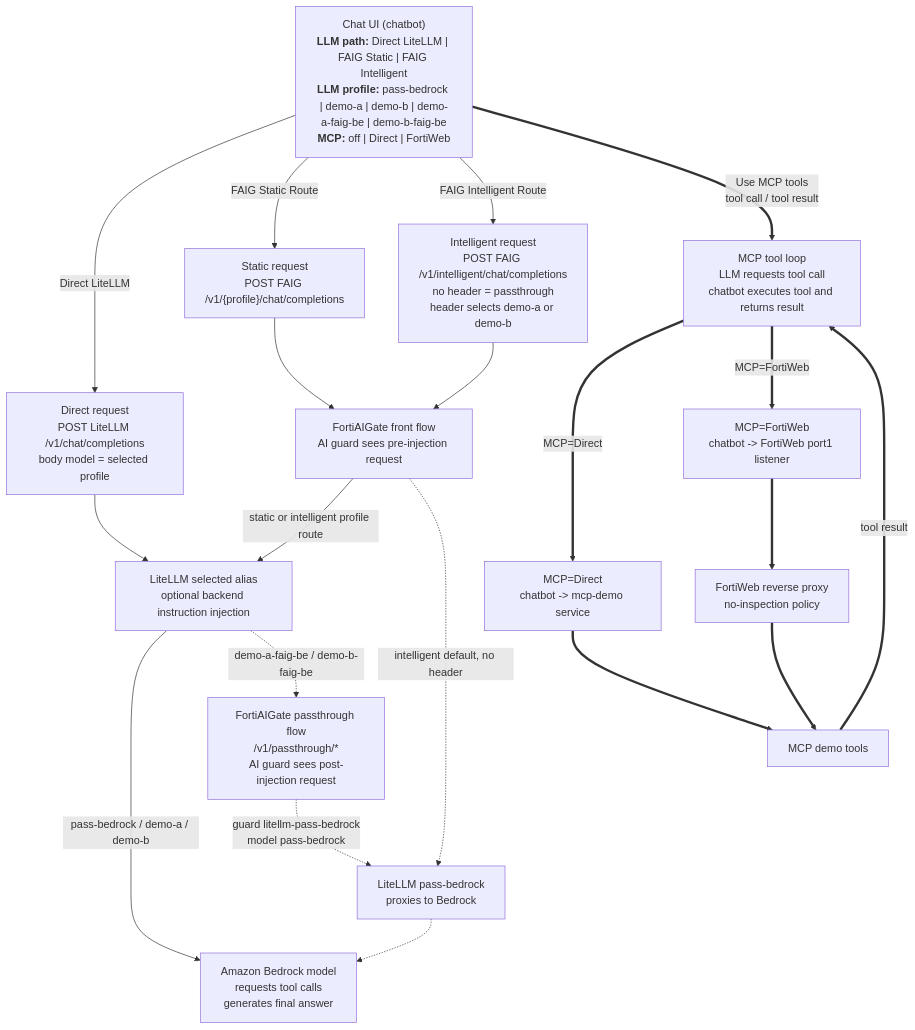
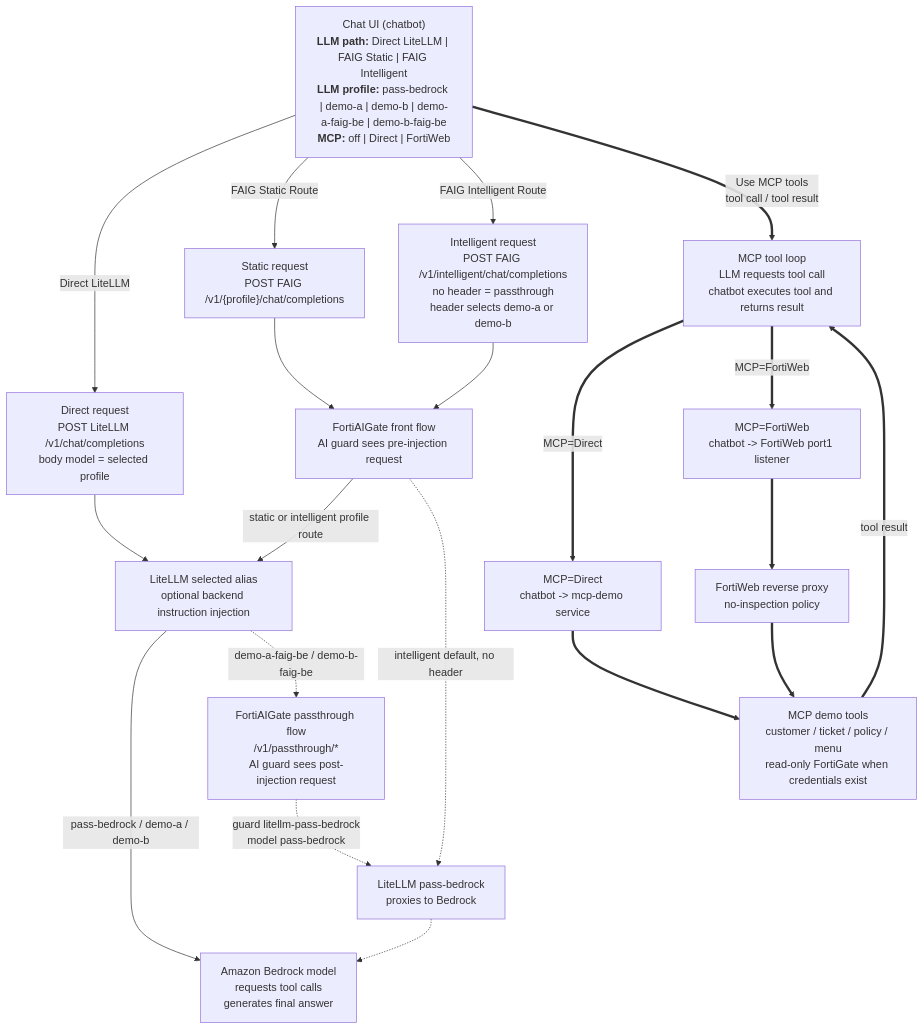
One commit to mabutterfield/fortiaigate_demo changed the diagram in docs/FortiAIGate-initial-config.MD. Above: the diagram before and after it, drawn with Mermaid. The commit also changed other lines of this file and 60 other files, not shown here.

````diff
--- a/docs/FortiAIGate-initial-config.MD
+++ b/docs/FortiAIGate-initial-config.MD
@@ -22,41 +22,41 @@
 ```mermaid
 flowchart TD
     UI["Chat UI (chatbot)<br/><b>LLM path:</b> Direct LiteLLM | FAIG Static | FAIG Intelligent<br/><b>LLM profile:</b> pass-bedrock | demo-a | demo-b | demo-a-faig-be | demo-b-faig-be<br/><b>MCP:</b> off | Direct | FortiWeb"]
 
     RD["Direct request<br/>POST LiteLLM /v1/chat/completions<br/>body model = selected profile"]
     RS["Static request<br/>POST FAIG /v1/{profile}/chat/completions"]
     RI["Intelligent request<br/>POST FAIG /v1/intelligent/chat/completions<br/>no header = passthrough<br/>header selects demo-a or demo-b"]
     MT["MCP tool loop<br/>LLM requests tool call<br/>chatbot executes tool and returns result"]
     MD["MCP=Direct<br/>chatbot -> mcp-demo service"]
     MFW["MCP=FortiWeb<br/>chatbot -> FortiWeb port1 listener"]
     FWB["FortiWeb reverse proxy<br/>no-inspection policy"]
-    MCP["MCP demo tools"]
+    MCP["MCP demo tools<br/>customer / ticket / policy / menu<br/>read-only FortiGate when credentials exist"]
 
     FAIG["FortiAIGate front flow<br/>AI guard sees pre-injection request"]
     LL["LiteLLM selected alias<br/>optional backend instruction injection"]
     FB["FortiAIGate passthrough flow<br/>/v1/passthrough/*<br/>AI guard sees post-injection request"]
     LP["LiteLLM pass-bedrock<br/>proxies to Bedrock"]
     BR["Amazon Bedrock model<br/>requests tool calls<br/>generates final answer"]
 
     UI -->|"Direct LiteLLM"| RD
     UI -->|"FAIG Static Route"| RS
     UI -->|"FAIG Intelligent Route"| RI
     UI ==>|"Use MCP tools<br/>tool call / tool result"| MT
 
     RD --> LL
     RS --> FAIG
     RI --> FAIG
     FAIG -->|"static or intelligent profile route"| LL
     FAIG -.->|"intelligent default, no header"| LP
 
     LL -->|"pass-bedrock / demo-a / demo-b"| BR
     LL -.->|"demo-a-faig-be / demo-b-faig-be"| FB
     FB -.->|"guard litellm-pass-bedrock<br/>model pass-bedrock"| LP
     LP -.-> BR
     MT ==>|"MCP=Direct"| MD
     MT ==>|"MCP=FortiWeb"| MFW
     MD ==> MCP
     MFW ==> FWB
     FWB ==> MCP
     MCP ==>|"tool result"| MT
 ```
````
